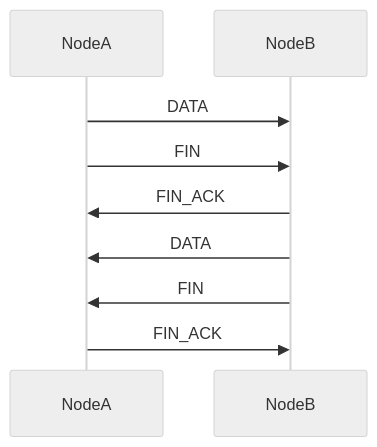
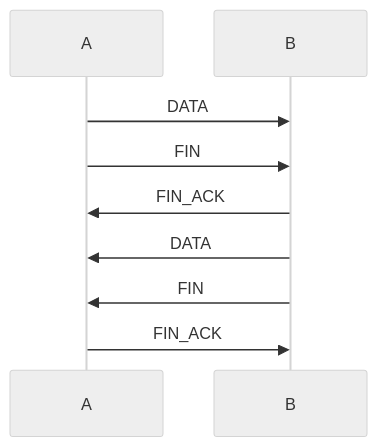
One commit to libp2p/specs changed the diagram in webrtc/README.md. Above: the diagram before and after it, drawn with Mermaid (neutral theme). The commit also changed other lines of this file, not shown here.

Commit message:
Apply suggestions from code review

````diff
--- a/webrtc/README.md
+++ b/webrtc/README.md
@@ -197,9 +196,9 @@
 ```mermaid
 sequenceDiagram
-    NodeA->>NodeB: DATA
-    NodeA->>NodeB: FIN
-    NodeB->>NodeA: FIN_ACK
-    NodeB->>NodeA: DATA
-    NodeB->>NodeA: FIN
-    NodeA->>NodeB: FIN_ACK
+    A->>B: DATA
+    A->>B: FIN
+    B->>A: FIN_ACK
+    B->>A: DATA
+    B->>A: FIN
+    A->>B: FIN_ACK
 ```
````
